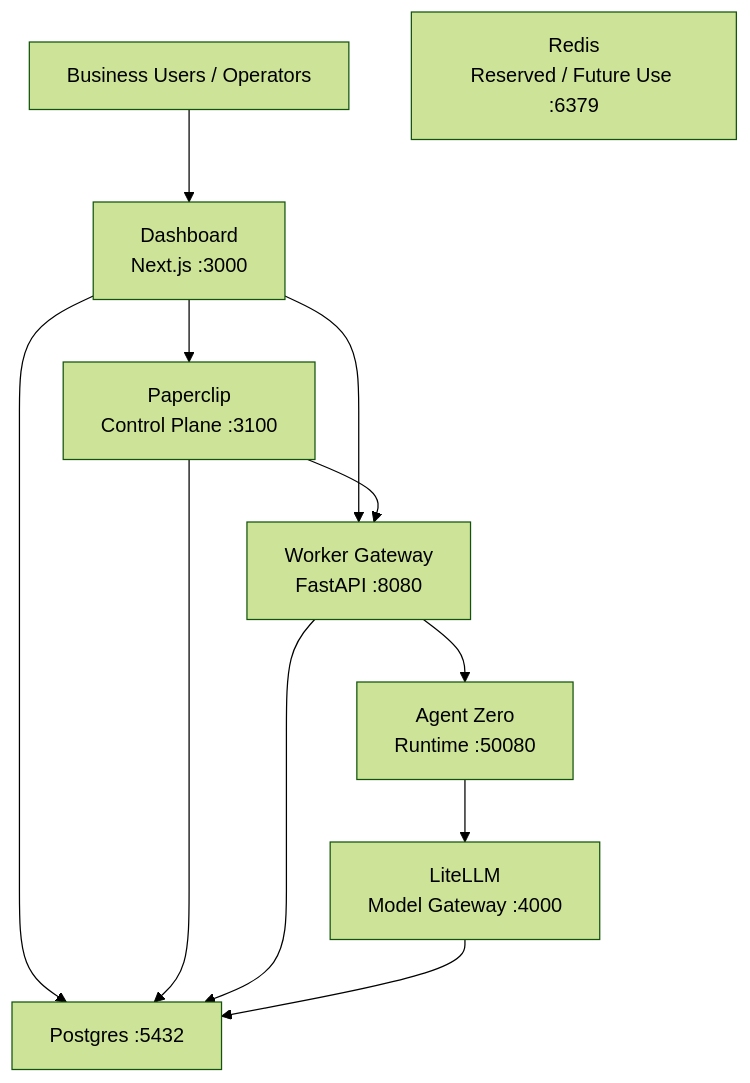
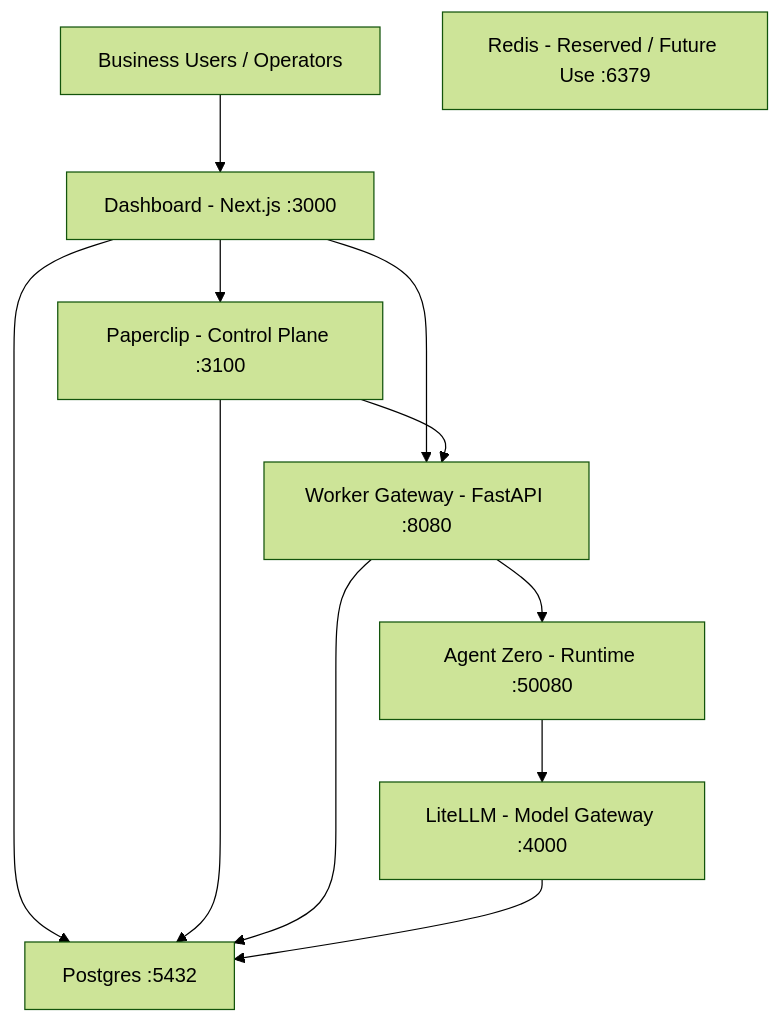
The diagram in README.md (psilodigital/psilo-habilis), drawn with Mermaid (forest theme) before and after one commit. The commit also changed other lines of this file and 7 other files, not shown here.

````diff
--- a/README.md
+++ b/README.md
@@ -24,25 +24,25 @@
 ```mermaid
 flowchart TB
     USER["Business Users / Operators"]
 
-    DASH["Dashboard<br/>Next.js :3000"]
-    PAPER["Paperclip<br/>Control Plane :3100"]
-    GATE["Worker Gateway<br/>FastAPI :8080"]
-    A0["Agent Zero<br/>Runtime :50080"]
-    LLM["LiteLLM<br/>Model Gateway :4000"]
+    DASH["Dashboard - Next.js :3000"]
+    PAPER["Paperclip - Control Plane :3100"]
+    GATE["Worker Gateway - FastAPI :8080"]
+    A0["Agent Zero - Runtime :50080"]
+    LLM["LiteLLM - Model Gateway :4000"]
     PG["Postgres :5432"]
-    REDIS["Redis<br/>Reserved / Future Use :6379"]
+    REDIS["Redis - Reserved / Future Use :6379"]
 
     USER --> DASH
     DASH --> PAPER
     DASH --> GATE
     DASH --> PG
 
     PAPER --> GATE
     PAPER --> PG
 
     GATE --> A0
     GATE --> PG
     A0 --> LLM
     LLM --> PG
 ```
````
